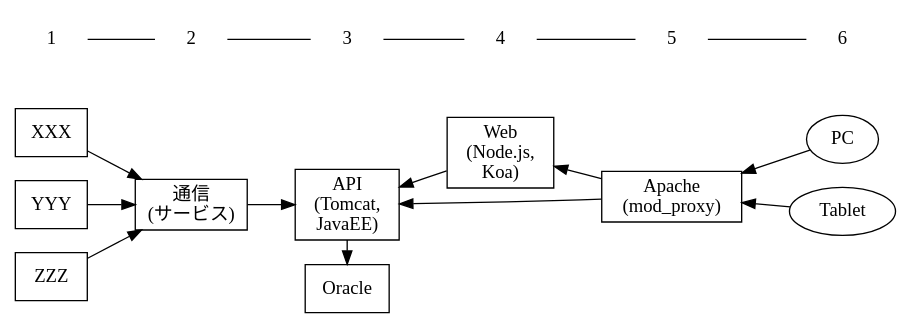
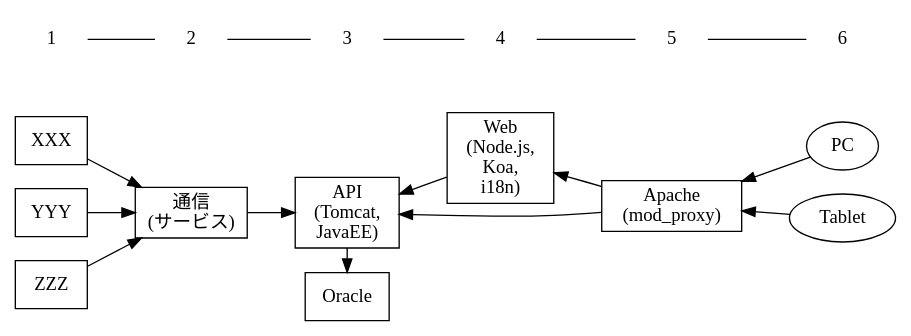
The diagram in samples/graph2.dot (Kazunori-Kimura/electron-viz), drawn with Graphviz before and after one commit. The commit also changed 1 other file, not shown here.

```diff
--- a/samples/graph2.dot
+++ b/samples/graph2.dot
@@ -1,34 +1,34 @@
 digraph G {
   graph [rankdir = LR];
   node [shape = box];
 
   s1[label="XXX"];
   s2[label="YYY"];
   s3[label="ZZZ"];
   srv[label="通信\n(サービス)"];
   api[label="API\n(Tomcat,\nJavaEE)"];
-  web[label="Web\n(Node.js,\nKoa)"];
+  web[label="Web\n(Node.js,\nKoa,\ni18n)"];
   c1[label="PC" shape=ellipse];
   c2[label="Tablet" shape=ellipse];
   apache[label="Apache\n(mod_proxy)"];
   oracle[label="Oracle"];
   
   1, 2, 3, 4, 5, 6 [shape=none];
   1 -> 2 -> 3 -> 4 -> 5 -> 6 [arrowhead=none];
   
   s1 -> srv -> api -> oracle;
   s2 -> srv;
   s3 -> srv;
   web -> api;
   apache -> api;
   apache -> web;
   c1 -> apache;
   c2 -> apache;
 
   {rank=same; 1, s1; s2; s3;}
   {rank=same; 2; srv;}
   {rank=same; 3; api; oracle;}
   {rank=same; 4; web;}
   {rank=same; 5; apache;}
   {rank=same; 6; c1; c2;}
 }
```
